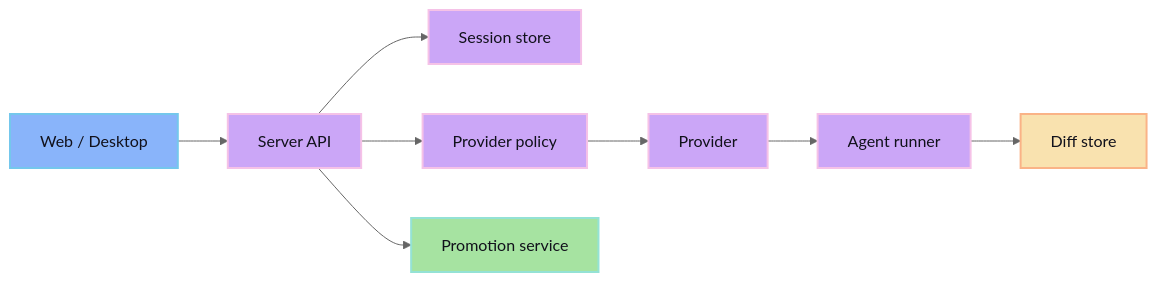
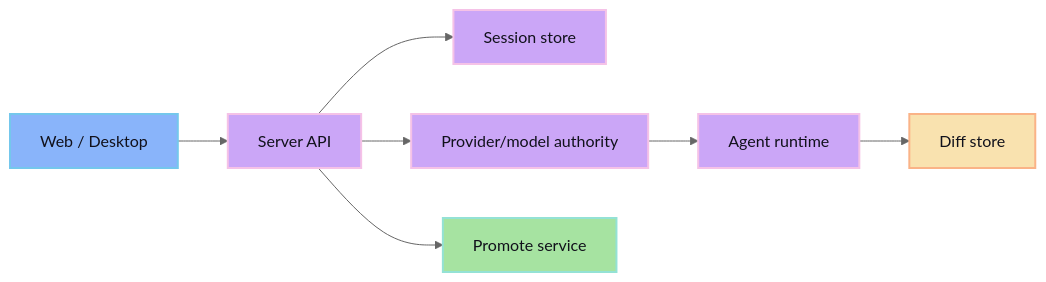
One commit to cloudboy-jh/glib-code-docs changed the diagram in src/content/docs/surfaces/server.md. Above: the diagram before and after it, drawn with Mermaid (neutral theme). The commit also changed other lines of this file and 18 other files, not shown here.

Commit message:
Rebuild docs IA and diagrams

````diff
--- a/src/content/docs/surfaces/server.md
+++ b/src/content/docs/surfaces/server.md
@@ -16,20 +16,19 @@
 ```mermaid
 flowchart LR
   Client["Web / Desktop"] --> API["Server API"]
   API --> Sessions["Session store"]
-  API --> Policy["Provider policy"]
-  Policy --> Provider["Provider"]
-  Provider --> Agent["Agent runner"]
+  API --> Providers["Provider/model authority"]
+  Providers --> Agent["Agent runtime"]
   Agent --> Diff["Diff store"]
-  API --> Promote["Promotion service"]
+  API --> Promote["Promote service"]
 
   classDef client fill:#89b4fa,stroke:#74c7ec,color:#11111b,stroke-width:2px
   classDef server fill:#cba6f7,stroke:#f5c2e7,color:#11111b,stroke-width:2px
   classDef review fill:#f9e2af,stroke:#fab387,color:#11111b,stroke-width:2px
   classDef safe fill:#a6e3a1,stroke:#94e2d5,color:#11111b,stroke-width:2px
 
   class Client client
-  class API,Sessions,Policy,Provider,Agent server
+  class API,Sessions,Providers,Agent server
   class Diff review
   class Promote safe
 ```
````
